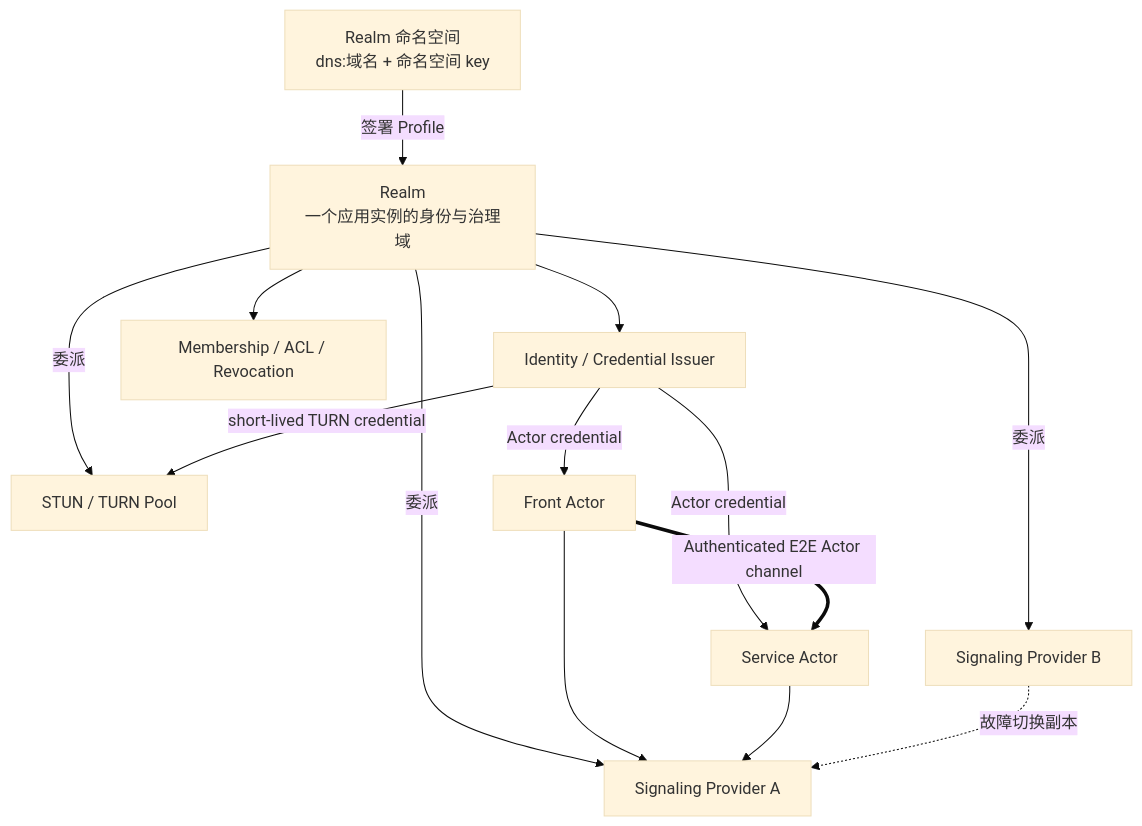
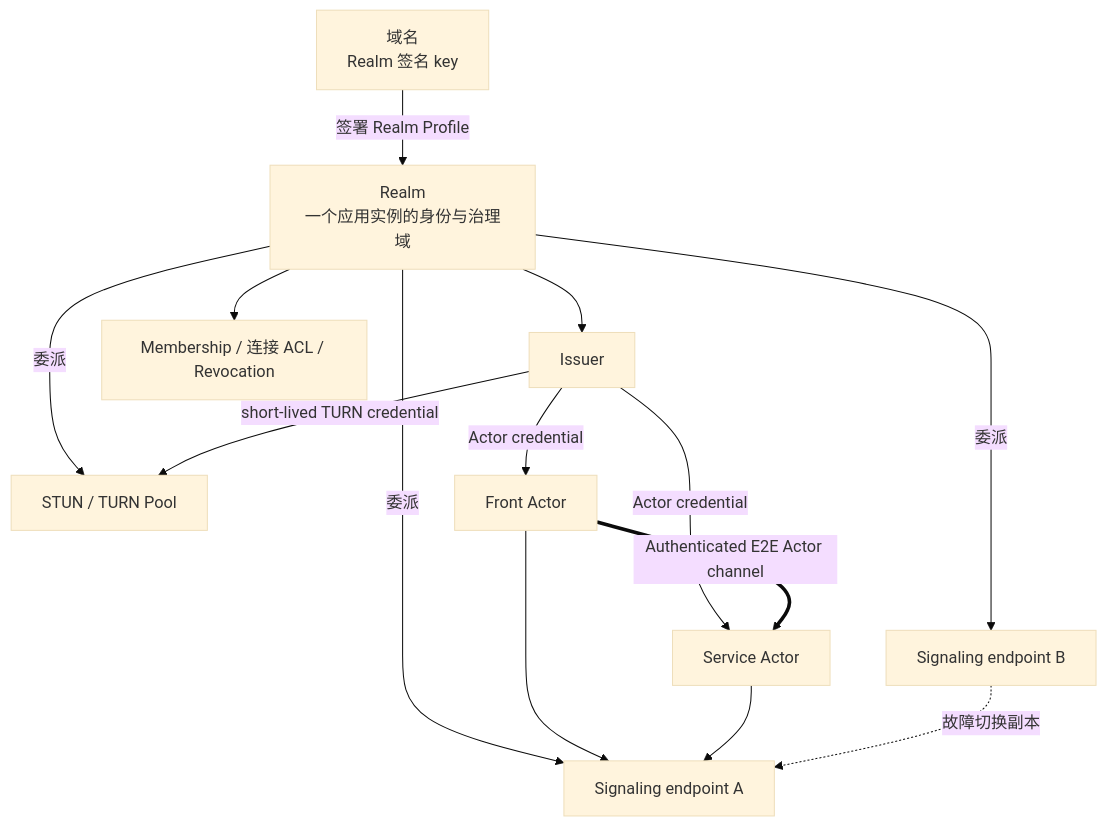
Before and after one commit to Actrium/actrium: the diagram in docs/product/actrium-v1/07-realm-network-and-identity.zh.md, drawn with Mermaid (base theme). The commit also changed other lines of this file and 64 other files, not shown here.

````diff
--- a/docs/product/actrium-v1/07-realm-network-and-identity.zh.md
+++ b/docs/product/actrium-v1/07-realm-network-and-identity.zh.md
@@ -5,26 +5,26 @@
 ```mermaid
 flowchart TB
-    NS["Realm 命名空间<br/>dns:域名 + 命名空间 key"]
+    NS["域名<br/>Realm 签名 key"]
     R["Realm<br/>一个应用实例的身份与治理域"]
-    AIS["Identity / Credential Issuer"]
-    SG1["Signaling Provider A"]
-    SG2["Signaling Provider B"]
+    ISS["Issuer"]
+    SG1["Signaling endpoint A"]
+    SG2["Signaling endpoint B"]
     ICE["STUN / TURN Pool"]
-    ACL["Membership / ACL / Revocation"]
+    ACL["Membership / 连接 ACL / Revocation"]
     F["Front Actor"]
     S["Service Actor"]
 
-    NS -->|签署 Profile| R
-    R --> AIS
+    NS -->|签署 Realm Profile| R
+    R --> ISS
     R --> ACL
     R -->|委派| SG1
     R -->|委派| SG2
     R -->|委派| ICE
-    AIS -->|Actor credential| F
-    AIS -->|Actor credential| S
-    AIS -->|short-lived TURN credential| ICE
+    ISS -->|Actor credential| F
+    ISS -->|Actor credential| S
+    ISS -->|short-lived TURN credential| ICE
     F --> SG1
     S --> SG1
     SG2 -.故障切换副本.-> SG1
     F == "Authenticated E2E Actor channel" ==> S
 ```
````
